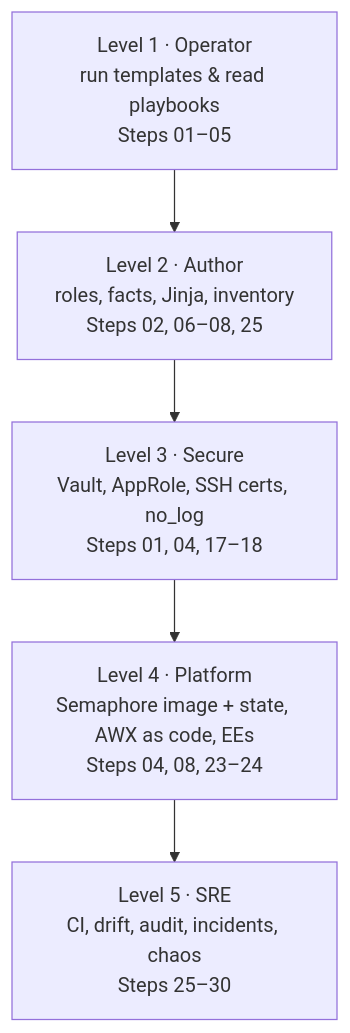
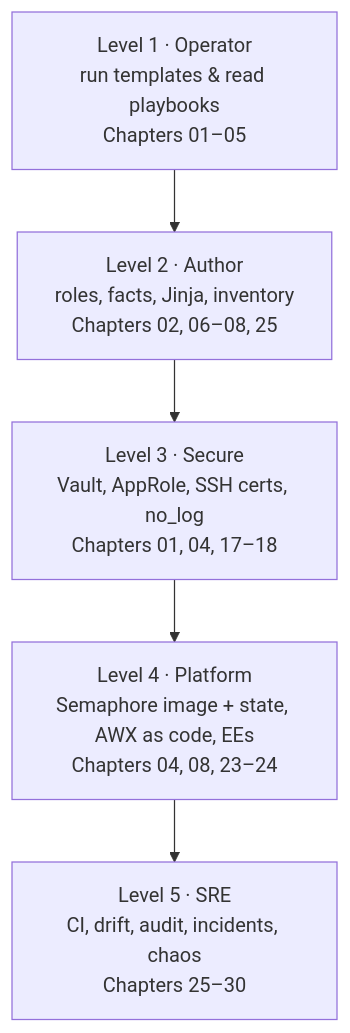
Before and after one commit to cloudone365/technical-depth: the second of 3 diagrams in 01-Ansible/README.md, drawn with Mermaid. The commit also changed other lines of this file and 242 other files, not shown here.

````diff
--- a/01-Ansible/README.md
+++ b/01-Ansible/README.md
@@ -137,7 +150,7 @@
 ```mermaid
 flowchart TB
-  L1["Level 1 · Operator<br/>run templates & read playbooks<br/>Steps 01–05"] --> L2["Level 2 · Author<br/>roles, facts, Jinja, inventory<br/>Steps 02, 06–08, 25"]
-  L2 --> L3["Level 3 · Secure<br/>Vault, AppRole, SSH certs, no_log<br/>Steps 01, 04, 17–18"]
-  L3 --> L4["Level 4 · Platform<br/>Semaphore image + state, AWX as code, EEs<br/>Steps 04, 08, 23–24"]
-  L4 --> L5["Level 5 · SRE<br/>CI, drift, audit, incidents, chaos<br/>Steps 25–30"]
+  L1["Level 1 · Operator<br/>run templates & read playbooks<br/>Chapters 01–05"] --> L2["Level 2 · Author<br/>roles, facts, Jinja, inventory<br/>Chapters 02, 06–08, 25"]
+  L2 --> L3["Level 3 · Secure<br/>Vault, AppRole, SSH certs, no_log<br/>Chapters 01, 04, 17–18"]
+  L3 --> L4["Level 4 · Platform<br/>Semaphore image + state, AWX as code, EEs<br/>Chapters 04, 08, 23–24"]
+  L4 --> L5["Level 5 · SRE<br/>CI, drift, audit, incidents, chaos<br/>Chapters 25–30"]
 ```
````
